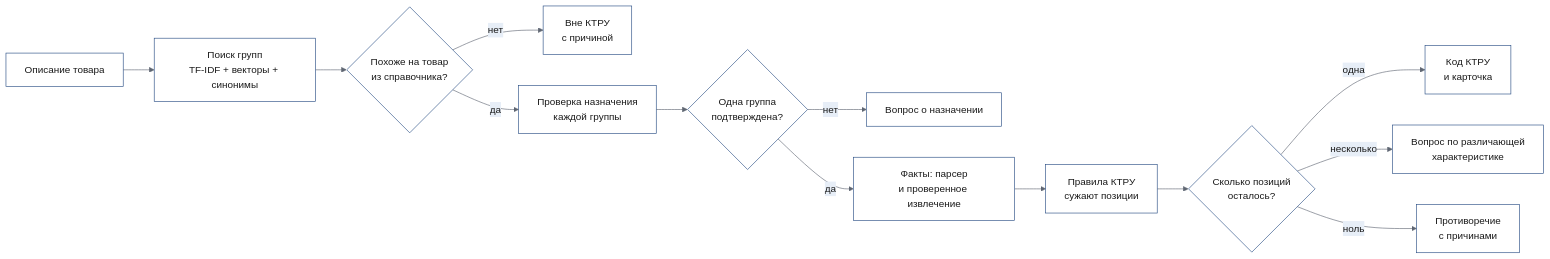
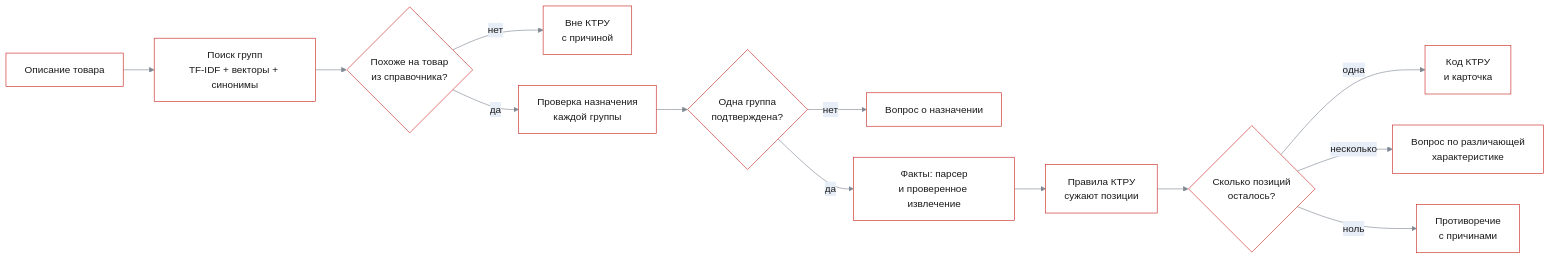
The first of 2 diagrams in docs/architecture.md (GoatWhistle/tender), drawn with Mermaid before and after one commit. The commit also changed other lines of this file and 381 other files, not shown here.

````diff
--- a/docs/architecture.md
+++ b/docs/architecture.md
@@ -32,16 +32,16 @@
 ```mermaid
-%%{init: {"theme":"base","themeVariables":{"primaryColor":"#ffffff","primaryTextColor":"#1a1a1a","primaryBorderColor":"#264b82","secondaryColor":"#e7eef7","tertiaryColor":"#f1f5fb","lineColor":"#5f6672","textColor":"#1a1a1a","noteBkgColor":"#e7eef7","noteTextColor":"rgba(0, 0, 0, 0.64)","actorBkg":"#ffffff","actorBorder":"#264b82","fontFamily":"Open Sans"}}}%%
+%%{init: {"theme":"base","themeVariables":{"primaryColor":"#ffffff","primaryTextColor":"#1a1a1a","primaryBorderColor":"#c92723","secondaryColor":"#e7eef7","tertiaryColor":"#f1f5fb","lineColor":"#7f8792","textColor":"#1a1a1a","noteBkgColor":"#e7eef7","noteTextColor":"#5f6672","actorBkg":"#ffffff","actorBorder":"#c92723","fontFamily":"Open Sans"}}}%%
 flowchart LR
     A["Описание товара"] --> B["Поиск групп<br/>TF-IDF + векторы + синонимы"]
     B --> C{"Похоже на товар<br/>из справочника?"}
     C -- "нет" --> X["Вне КТРУ<br/>с причиной"]
     C -- "да" --> D["Проверка назначения<br/>каждой группы"]
     D --> E{"Одна группа<br/>подтверждена?"}
     E -- "нет" --> Q["Вопрос о назначении"]
     E -- "да" --> F["Факты: парсер<br/>и проверенное извлечение"]
     F --> G["Правила КТРУ<br/>сужают позиции"]
     G --> H{"Сколько позиций<br/>осталось?"}
     H -- "одна" --> R["Код КТРУ<br/>и карточка"]
     H -- "несколько" --> Q2["Вопрос по различающей<br/>характеристике"]
     H -- "ноль" --> K["Противоречие<br/>с причинами"]
 ```
````
